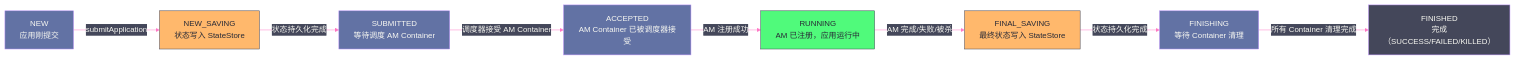
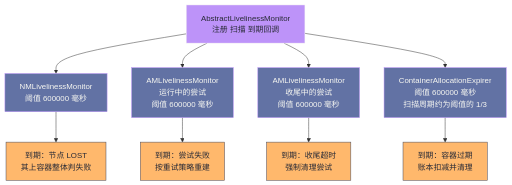
Before and after one commit to hpliStartAgain/my-brain: the fourth of 5 diagrams in content/大数据/Hadoop/Yarn/03 ResourceManager 深度解析——调度器内核与资源抽象模型.md, drawn with Mermaid. The commit also changed other lines of this file and 455 other files, not shown here.

````diff
--- a/content/大数据/Hadoop/Yarn/03 ResourceManager 深度解析——调度器内核与资源抽象模型.md
+++ b/content/大数据/Hadoop/Yarn/03 ResourceManager 深度解析——调度器内核与资源抽象模型.md
@@ -499,28 +316,27 @@
 ```mermaid
-%%{init: {'theme': 'base', 'themeVariables': {'primaryColor': '#6272a4', 'primaryTextColor': '#f8f8f2', 'primaryBorderColor': '#bd93f9', 'lineColor': '#ff79c6', 'secondaryColor': '#44475a', 'tertiaryColor': '#282a36'}}}%%
-graph LR
-    NEW["NEW</br>应用刚提交"]
-    NEW_SAVING["NEW_SAVING</br>状态写入 StateStore"]
-    SUBMITTED["SUBMITTED</br>等待调度 AM Container"]
-    ACCEPTED["ACCEPTED</br>AM Container 已被调度器接受"]
-    RUNNING["RUNNING</br>AM 已注册，应用运行中"]
-    FINAL_SAVING["FINAL_SAVING</br>最终状态写入 StateStore"]
-    FINISHING["FINISHING</br>等待 Container 清理"]
-    FINISHED["FINISHED</br>完成（SUCCESS/FAILED/KILLED）"]
+%%{init: {'theme': 'dracula'}}%%
+graph TD
+    BASE["AbstractLivelinessMonitor<br/>注册 扫描 到期回调"]
+    NMON["NMLivelinessMonitor<br/>阈值 600000 毫秒"]
+    AMON["AMLivelinessMonitor<br/>运行中的尝试<br/>阈值 600000 毫秒"]
+    AFIN["AMLivelinessMonitor<br/>收尾中的尝试<br/>阈值 600000 毫秒"]
+    EXP["ContainerAllocationExpirer<br/>阈值 600000 毫秒<br/>扫描周期约为阈值的 1/3"]
 
-    NEW -- "submitApplication" --> NEW_SAVING
-    NEW_SAVING -- "状态持久化完成" --> SUBMITTED
-    SUBMITTED -- "调度器接受 AM Container" --> ACCEPTED
-    ACCEPTED -- "AM 注册成功" --> RUNNING
-    RUNNING -- "AM 完成/失败/被杀" --> FINAL_SAVING
-    FINAL_SAVING -- "状态持久化完成" --> FINISHING
-    FINISHING -- "所有 Container 清理完成" --> FINISHED
+    BASE --> NMON
+    BASE --> AMON
+    BASE --> AFIN
+    BASE --> EXP
 
-    classDef active fill:#50fa7b,stroke:#44475a,color:#282a36
-    classDef done fill:#44475a,stroke:#bd93f9,color:#f8f8f2
-    classDef saving fill:#ffb86c,stroke:#44475a,color:#282a36
+    NMON --> R1["到期：节点 LOST<br/>其上容器整体判失败"]
+    AMON --> R2["到期：尝试失败<br/>按重试策略重建"]
+    AFIN --> R3["到期：收尾超时<br/>强制清理尝试"]
+    EXP --> R4["到期：容器过期<br/>账本扣减并清理"]
 
-    class RUNNING active
-    class FINISHED done
-    class NEW_SAVING,FINAL_SAVING saving
+    classDef base fill:#bd93f9,stroke:#f8f8f2,color:#282a36
+    classDef mon fill:#6272a4,stroke:#bd93f9,color:#f8f8f2
+    classDef out fill:#ffb86c,stroke:#44475a,color:#282a36
+
+    class BASE base
+    class NMON,AMON,AFIN,EXP mon
+    class R1,R2,R3,R4 out
 ```
````
